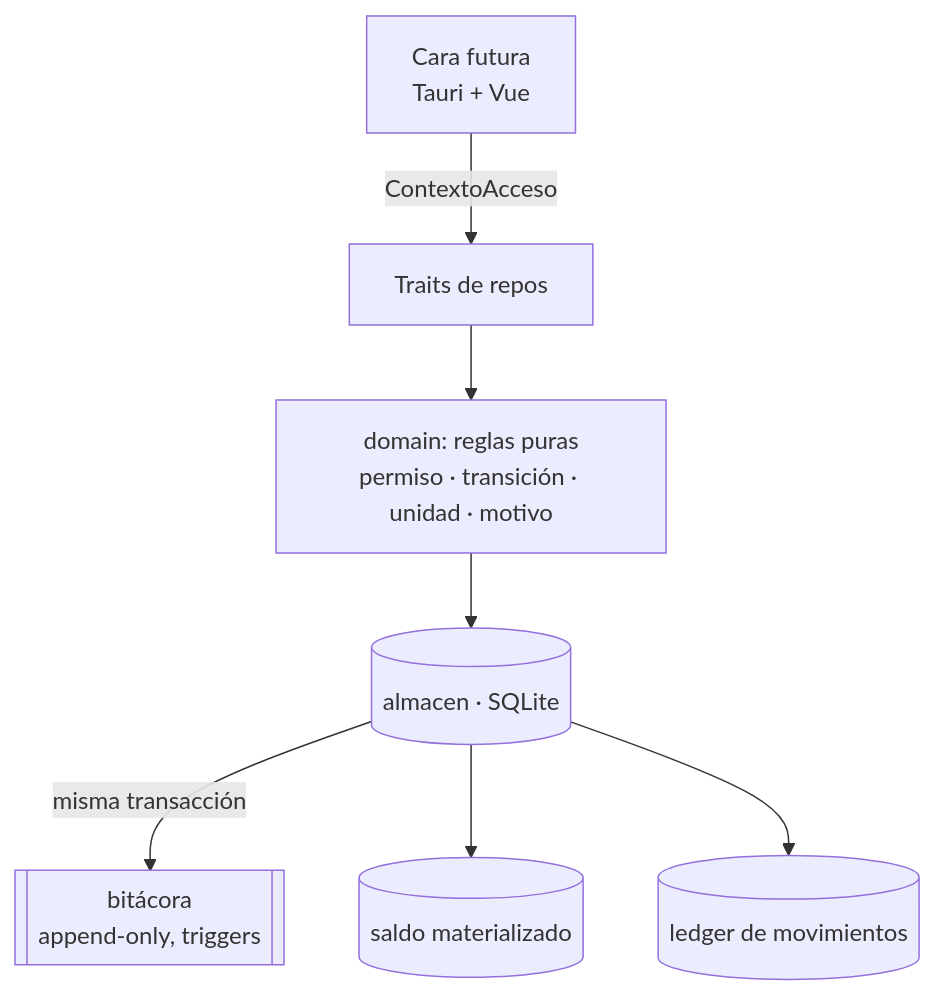
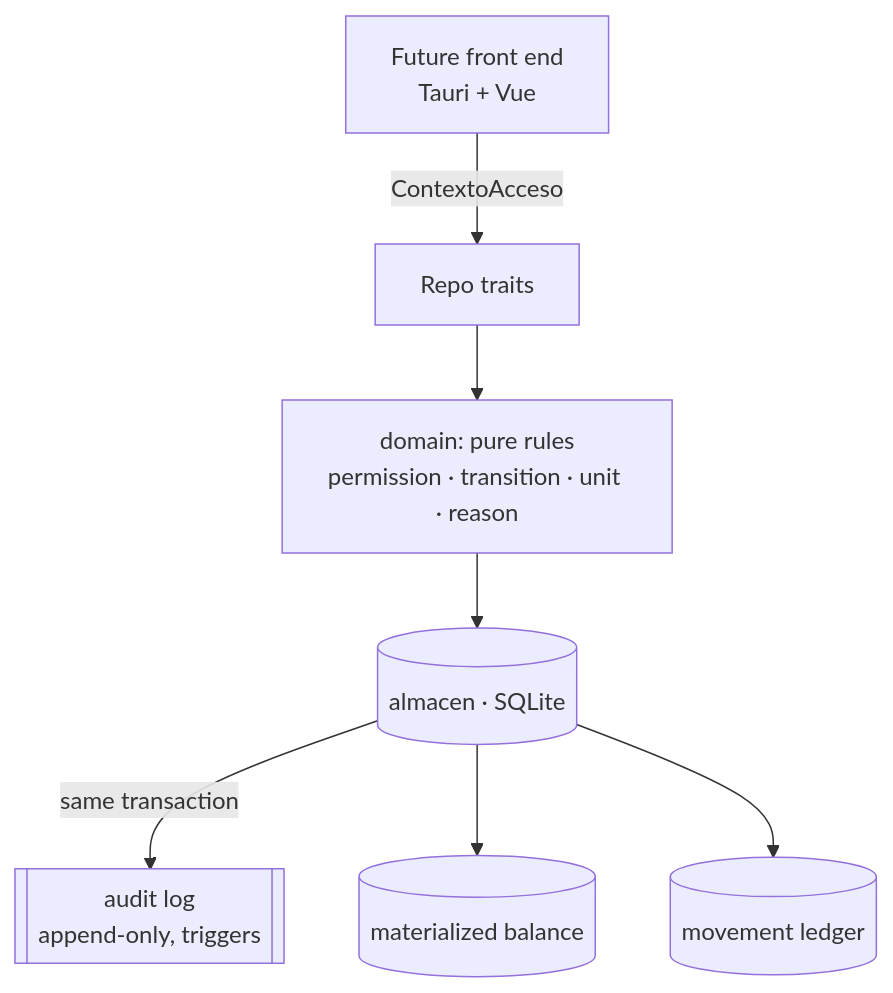
The second of 2 diagrams in README.md (Chidaruma696/ToyPOS), drawn with Mermaid before and after one commit. The commit also changed other lines of this file and 1 other file, not shown here.

````diff
--- a/README.md
+++ b/README.md
@@ -124,9 +126,9 @@
 ```mermaid
 flowchart TB
-    UI[Cara futura<br/>Tauri + Vue] -->|ContextoAcceso| R[Traits de repos]
-    R --> D[domain: reglas puras<br/>permiso · transición · unidad · motivo]
+    UI[Future front end<br/>Tauri + Vue] -->|ContextoAcceso| R[Repo traits]
+    R --> D[domain: pure rules<br/>permission · transition · unit · reason]
     D --> A[(almacen · SQLite)]
-    A -->|misma transacción| B[[bitácora<br/>append-only, triggers]]
-    A --> S[(saldo materializado)]
-    A --> L[(ledger de movimientos)]
+    A -->|same transaction| B[[audit log<br/>append-only, triggers]]
+    A --> S[(materialized balance)]
+    A --> L[(movement ledger)]
 ```
````
